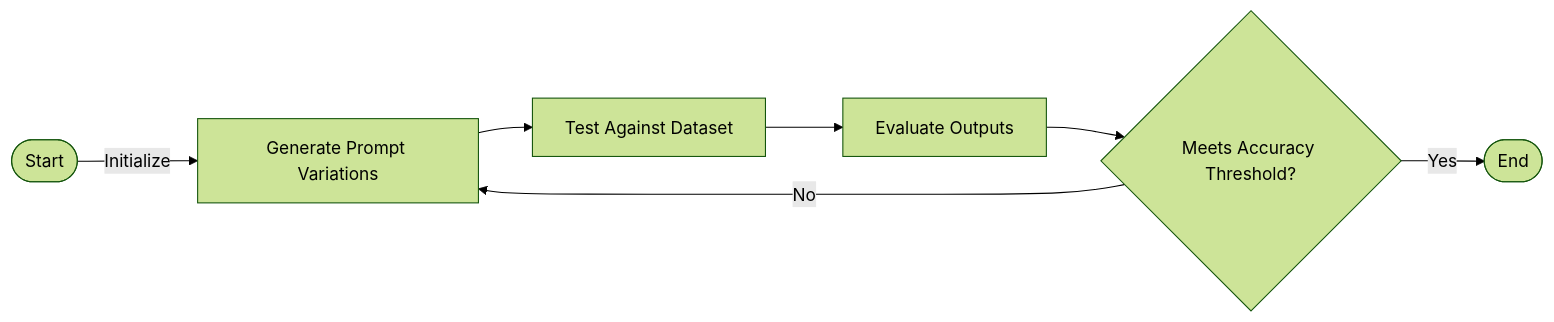
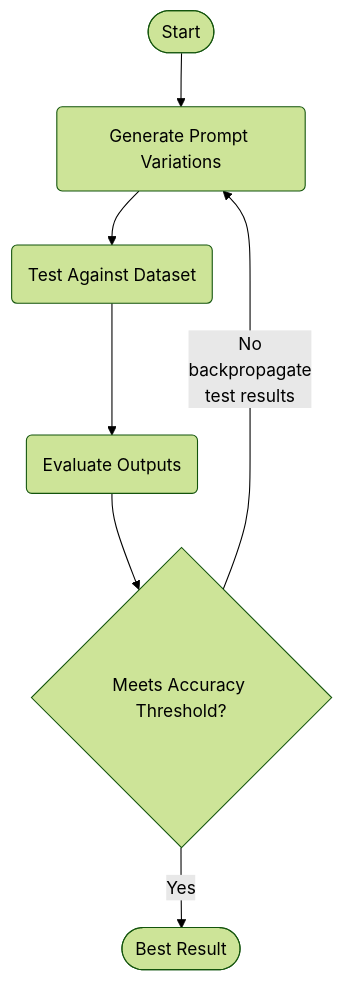
Before and after one commit to akbayt/prompt-optimizer: the diagram in README.md, drawn with Mermaid (forest theme).

````diff
--- a/README.md
+++ b/README.md
@@ -3,9 +3,9 @@
 ```mermaid
-flowchart LR
-    A([Start]) -->|Initialize| B[Generate Prompt Variations]
-    B --> C[Test Against Dataset]
-    C --> D[Evaluate Outputs]
+flowchart
+    A([Start]) --> B(Generate Prompt Variations)
+    B --> C(Test Against Dataset)
+    C --> D(Evaluate Outputs)
     D --> E{Meets Accuracy Threshold?}
-    E -->|No| B
-    E -->|Yes| F([End])
+    E -->|"No <br> backpropagate <br>test results"| B
+    E --> |Yes| F([Best Result])
 ```
````
